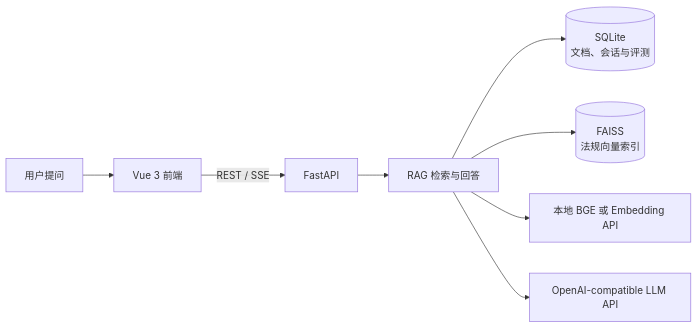
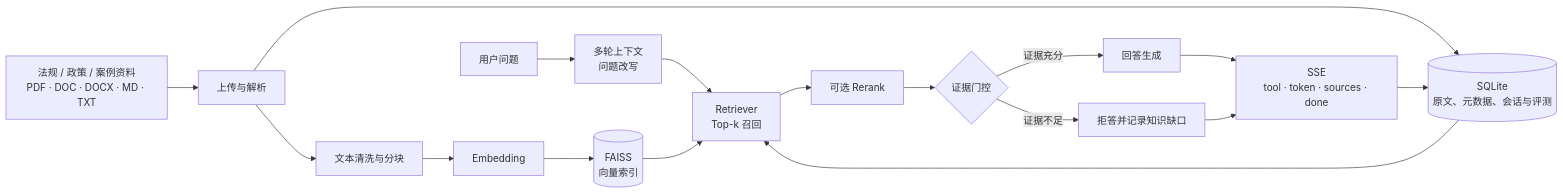
Before and after one commit to MauriceLiang/LaberQA: the diagram in README.md, drawn with Mermaid. The commit also changed other lines of this file, not shown here.

````diff
--- a/README.md
+++ b/README.md
@@ -21,10 +49,20 @@
 ```mermaid
 flowchart LR
-    User[用户提问] --> Web[Vue 3 前端]
-    Web -->|REST / SSE| API[FastAPI]
-    API --> RAG[RAG 检索与回答]
-    RAG --> SQL[(SQLite\n文档、会话与评测)]
-    RAG --> Index[(FAISS\n法规向量索引)]
-    RAG --> Embedding[本地 BGE 或 Embedding API]
-    RAG --> LLM[OpenAI-compatible LLM API]
+    A[法规 / 政策 / 案例资料<br/>PDF · DOC · DOCX · MD · TXT] --> B[上传与解析]
+    B --> C[文本清洗与分块]
+    C --> D[Embedding]
+    D --> E[(FAISS<br/>向量索引)]
+    B --> F[(SQLite<br/>原文、元数据、会话与评测)]
+
+    U[用户问题] --> Q[多轮上下文<br/>问题改写]
+    Q --> R[Retriever<br/>Top-k 召回]
+    E --> R
+    F --> R
+    R --> T[可选 Rerank]
+    T --> G{证据门控}
+    G -->|证据充分| W[回答生成]
+    G -->|证据不足| N[拒答并记录知识缺口]
+    W --> S[SSE<br/>tool · token · sources · done]
+    N --> S
+    S --> F
 ```
````
